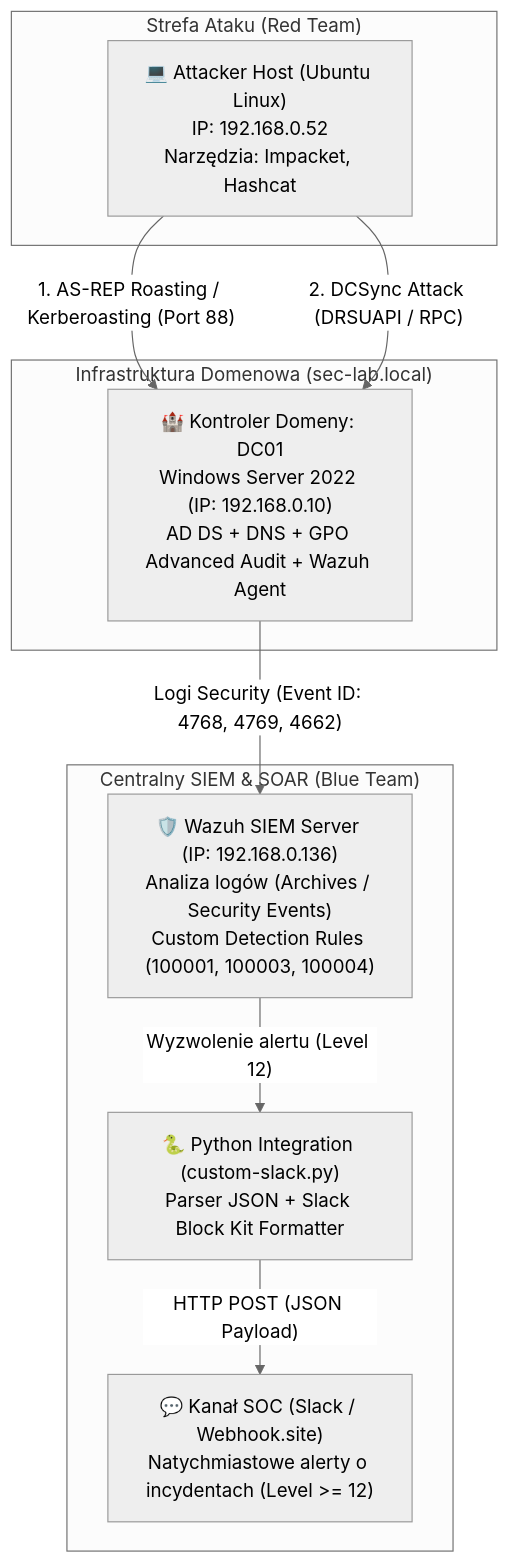
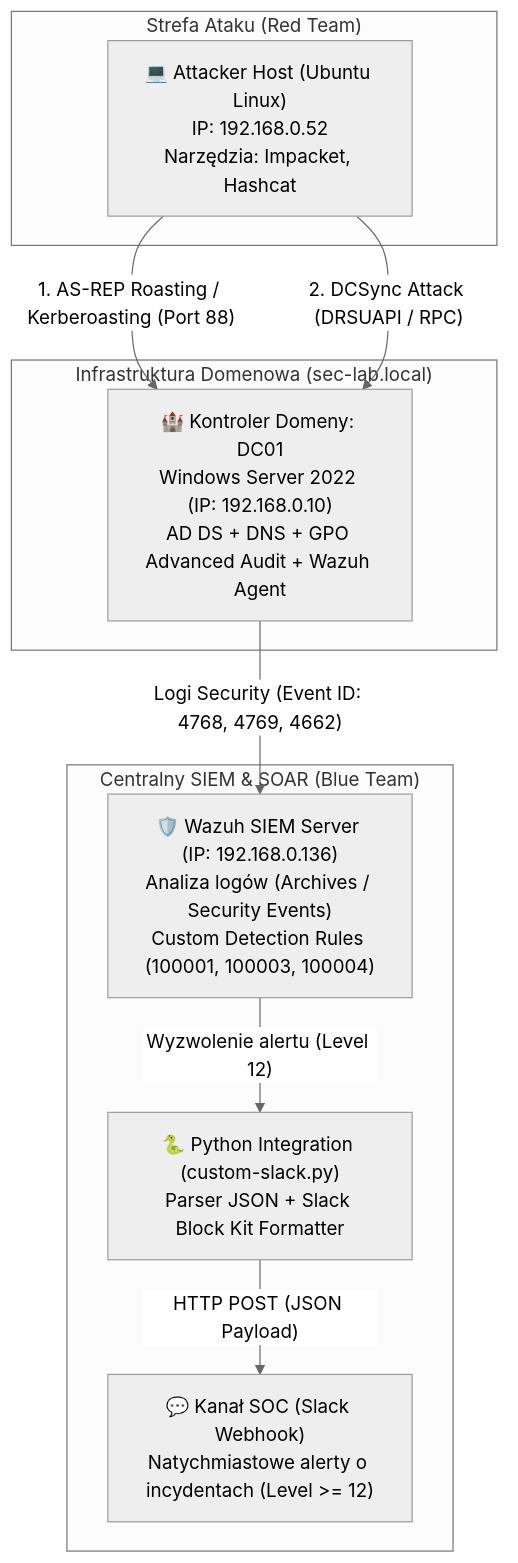
One commit to PiotrAsyngier/Active-Directory-Lab changed the diagram in README.md. Above: the diagram before and after it, drawn with Mermaid (neutral theme). The commit also changed other lines of this file and 1 other file, not shown here.

````diff
--- a/README.md
+++ b/README.md
@@ -37,22 +38,22 @@
 ```mermaid
 graph TD
     subgraph "Strefa Ataku (Red Team)"
         Attacker["💻 Attacker Host (Ubuntu Linux)<br/>IP: 192.168.0.52<br/>Narzędzia: Impacket, Hashcat"]
     end
 
     subgraph "Infrastruktura Domenowa (sec-lab.local)"
         DC01["🏰 Kontroler Domeny: DC01<br/>Windows Server 2022 (IP: 192.168.0.10)<br/>AD DS + DNS + GPO Advanced Audit + Wazuh Agent"]
     end
 
     subgraph "Centralny SIEM & SOAR (Blue Team)"
         WazuhSIEM["🛡️ Wazuh SIEM Server (IP: 192.168.0.136)<br/>Analiza logów (Archives / Security Events)<br/>Custom Detection Rules (100001, 100003, 100004)"]
         SOAR["🐍 Python Integration (custom-slack.py)<br/>Parser JSON + Slack Block Kit Formatter"]
-        Webhook["💬 Kanał SOC (Slack / Webhook.site)<br/>Natychmiastowe alerty o incydentach (Level >= 12)"]
+        Webhook["💬 Kanał SOC (Slack Webhook)<br/>Natychmiastowe alerty o incydentach (Level >= 12)"]
     end
 
     Attacker -->|"1. AS-REP Roasting / Kerberoasting (Port 88)"| DC01
     Attacker -->|"2. DCSync Attack (DRSUAPI / RPC)"| DC01
     DC01 -->|"Logi Security (Event ID: 4768, 4769, 4662)"| WazuhSIEM
     WazuhSIEM -->|"Wyzwolenie alertu (Level 12)"| SOAR
     SOAR -->|"HTTP POST (JSON Payload)"| Webhook
 ```
````
